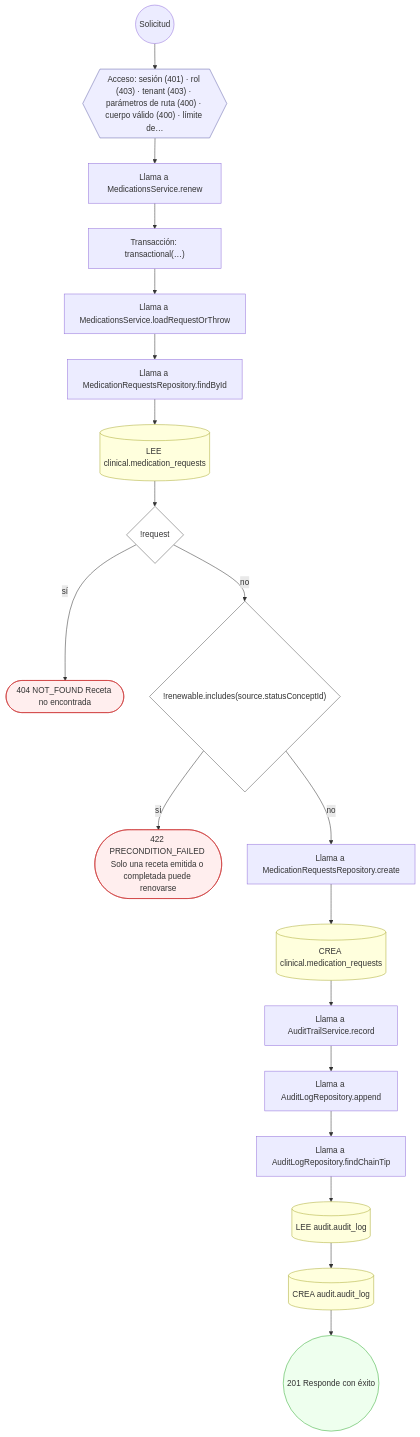
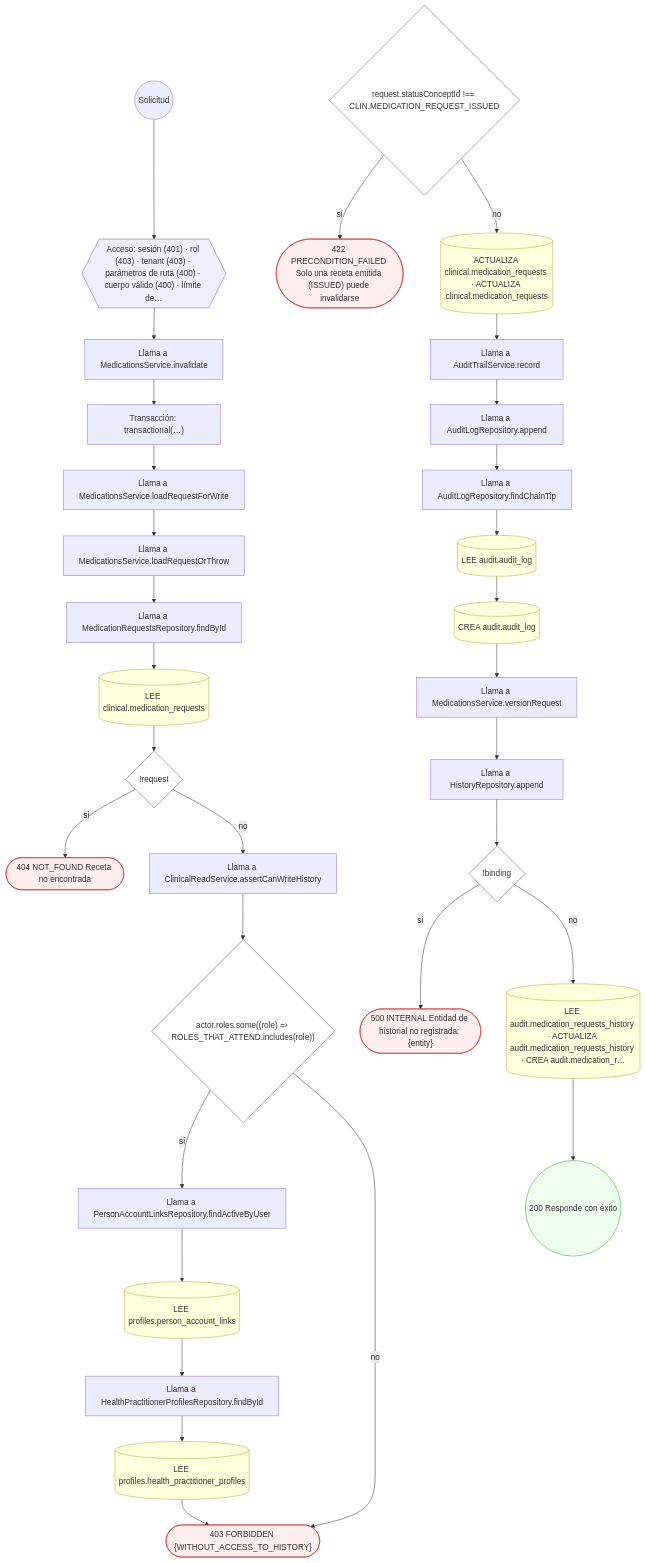
One commit to mdavila-2001/mantra-core-health-api changed diagram 26 of 39 in docs/inventario/flujos/clinical.md. Above: the diagram before and after it, drawn with Mermaid. The commit also changed other lines of this file and 451 other files, not shown here.

````diff
--- a/docs/inventario/flujos/clinical.md
+++ b/docs/inventario/flujos/clinical.md
@@ -1309,46 +2579,70 @@
 ```mermaid
 flowchart TD
   n1(("Solicitud")):::inicio
   n2{{"Acceso: sesión (401) · rol (403) · tenant (403) · parámetros de ruta (400) · cuerpo válido (400) · límite de…"}}:::acceso
   n1 --> n2
-  n3["Llama a MedicationsService.renew"]:::llamada
+  n3["Llama a MedicationsService.invalidate"]:::llamada
   n2 --> n3
   n4["Transacción: transactional(…)"]:::transaccion
   n3 --> n4
-  n5["Llama a MedicationsService.loadRequestOrThrow"]:::llamada
+  n5["Llama a MedicationsService.loadRequestForWrite"]:::llamada
   n4 --> n5
-  n6["Llama a MedicationRequestsRepository.findById"]:::llamada
+  n6["Llama a MedicationsService.loadRequestOrThrow"]:::llamada
   n5 --> n6
-  n7[("LEE clinical.medication_requests")]:::efecto
+  n7["Llama a MedicationRequestsRepository.findById"]:::llamada
   n6 --> n7
-  n8{"!request"}:::decision
+  n8[("LEE clinical.medication_requests")]:::efecto
   n7 --> n8
-  n9(["404 NOT_FOUND Receta no encontrada"]):::error
-  n8 -->|"sí"| n9
-  n10{"!renewable.includes(source.statusConceptId)"}:::decision
-  n8 -->|"no"| n10
-  n11(["422 PRECONDITION_FAILED Solo una receta emitida o completada puede renovarse"]):::error
-  n10 -->|"sí"| n11
-  n12["Llama a MedicationRequestsRepository.create"]:::llamada
-  n10 -->|"no"| n12
-  n13[("CREA clinical.medication_requests")]:::efecto
-  n12 --> n13
-  n14["Llama a AuditTrailService.record"]:::llamada
+  n9{"!request"}:::decision
+  n8 --> n9
+  n10(["404 NOT_FOUND Receta no encontrada"]):::error
+  n9 -->|"sí"| n10
+  n11["Llama a ClinicalReadService.assertCanWriteHistory"]:::llamada
+  n9 -->|"no"| n11
+  n12{"actor.roles.some((role) =› ROLES_THAT_ATTEND.includes(role))"}:::decision
+  n11 --> n12
+  n13["Llama a PersonAccountLinksRepository.findActiveByUser"]:::llamada
+  n12 -->|"sí"| n13
+  n14[("LEE profiles.person_account_links")]:::efecto
   n13 --> n14
-  n15["Llama a AuditLogRepository.append"]:::llamada
+  n15["Llama a HealthPractitionerProfilesRepository.findById"]:::llamada
   n14 --> n15
-  n16["Llama a AuditLogRepository.findChainTip"]:::llamada
+  n16[("LEE profiles.health_practitioner_profiles")]:::efecto
   n15 --> n16
-  n17[("LEE audit.audit_log")]:::efecto
+  n17(["403 FORBIDDEN {WITHOUT_ACCESS_TO_HISTORY}"]):::error
   n16 --> n17
-  n18[("CREA audit.audit_log")]:::efecto
-  n17 --> n18
-  n19(("201 Responde con éxito")):::ok
-  n18 --> n19
+  n12 -->|"no"| n17
+  n18{"request.statusConceptId !== CLIN.MEDICATION_REQUEST_ISSUED"}:::decision
+  n19(["422 PRECONDITION_FAILED Solo una receta emitida (ISSUED) puede invalidarse"]):::error
+  n18 -->|"sí"| n19
+  n20[("ACTUALIZA clinical.medication_requests · ACTUALIZA clinical.medication_requests")]:::efecto
+  n18 -->|"no"| n20
+  n21["Llama a AuditTrailService.record"]:::llamada
+  n20 --> n21
+  n22["Llama a AuditLogRepository.append"]:::llamada
+  n21 --> n22
+  n23["Llama a AuditLogRepository.findChainTip"]:::llamada
+  n22 --> n23
+  n24[("LEE audit.audit_log")]:::efecto
+  n23 --> n24
+  n25[("CREA audit.audit_log")]:::efecto
+  n24 --> n25
+  n26["Llama a MedicationsService.versionRequest"]:::llamada
+  n25 --> n26
+  n27["Llama a HistoryRepository.append"]:::llamada
+  n26 --> n27
+  n28{"!binding"}:::decision
+  n27 --> n28
+  n29(["500 INTERNAL Entidad de historial no registrada: {entity}"]):::error
+  n28 -->|"sí"| n29
+  n30[("LEE audit.medication_requests_history · ACTUALIZA audit.medication_requests_history · CREA audit.medication_r…")]:::efecto
+  n28 -->|"no"| n30
+  n31(("200 Responde con éxito")):::ok
+  n30 --> n31
   classDef acceso fill:#eef,stroke:#66a
   classDef error fill:#fee,stroke:#c33
   classDef ok fill:#efe,stroke:#3a3
   classDef efecto fill:#ffd,stroke:#aa3
   classDef decision fill:#fff,stroke:#555
   classDef corte fill:#eee,stroke:#999,stroke-dasharray: 4
 ```
````
